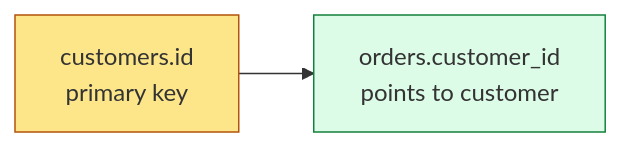
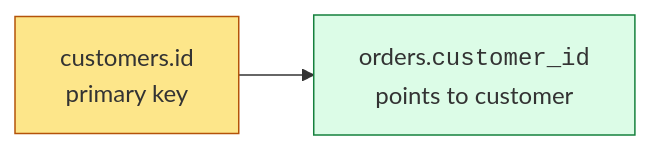
One commit to dataslope/dataslope changed the second of 11 diagrams in content/learn/sqlite-for-beginners/relationships-intro.mdx. Above: the diagram before and after it, drawn with Mermaid. The commit also changed other lines of this file and 153 other files, not shown here.

First line of the commit message:
Render code-only mermaid shapes in monospace; convert step sequences to Steps

````diff
--- a/content/learn/sqlite-for-beginners/relationships-intro.mdx
+++ b/content/learn/sqlite-for-beginners/relationships-intro.mdx
@@ -35,6 +35,6 @@
 ```mermaid
 flowchart LR
-    C["customers.id<br/>primary key"]:::pk --> O["orders.customer_id<br/>points to customer"]:::fk
+    C["customers.id<br/>primary key"]:::pk --> O["orders.<code>customer_id</code><br/>points to customer"]:::fk
     classDef pk fill:#fde68a,stroke:#b45309
     classDef fk fill:#dcfce7,stroke:#15803d
 ```
````
